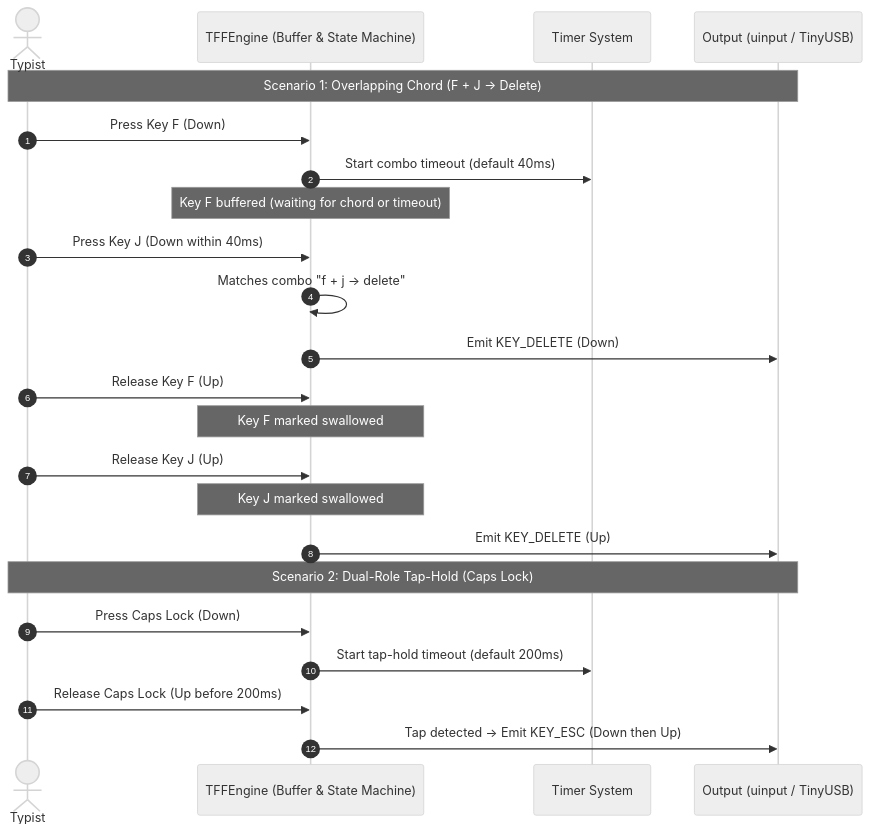
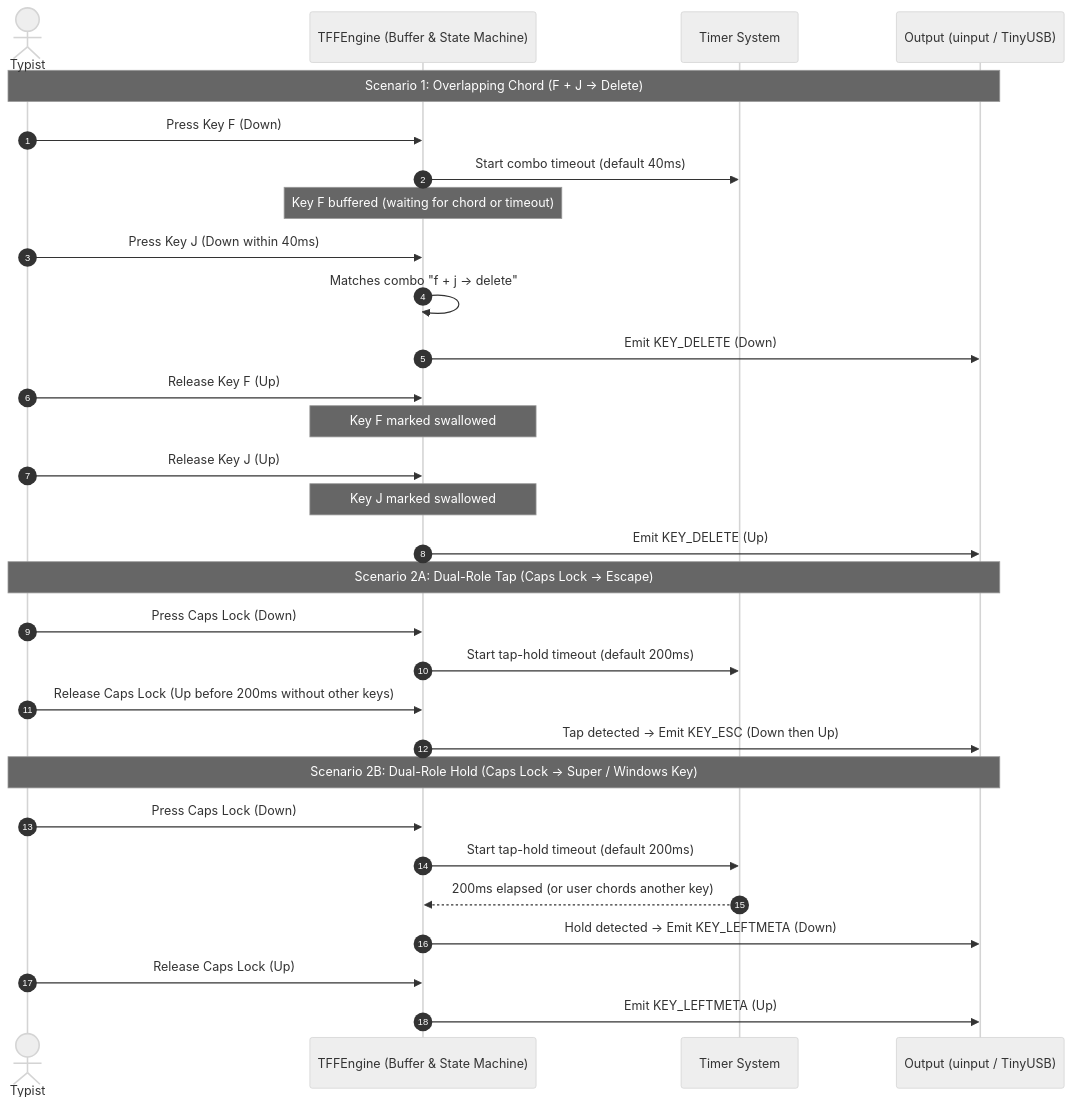
The second of 2 diagrams in README.md (guettli/tff2), drawn with Mermaid (neutral theme) before and after one commit. The commit also changed other lines of this file and 30 other files, not shown here.

First line of the commit message:
Complete improvements from next.md: schema, 3s ESC emergency reset, syntax cleanups, and docs (#71)

````diff
--- a/README.md
+++ b/README.md
@@ -52,27 +60,35 @@
 ```mermaid
 sequenceDiagram
     autonumber
     actor User as Typist
     participant Engine as TFFEngine (Buffer & State Machine)
     participant Timer as Timer System
     participant Out as Output (uinput / TinyUSB)
 
     Note over User,Out: Scenario 1: Overlapping Chord (F + J -> Delete)
     User->>Engine: Press Key F (Down)
     Engine->>Timer: Start combo timeout (default 40ms)
     Note over Engine: Key F buffered (waiting for chord or timeout)
     User->>Engine: Press Key J (Down within 40ms)
     Engine->>Engine: Matches combo "f + j -> delete"
     Engine->>Out: Emit KEY_DELETE (Down)
     User->>Engine: Release Key F (Up)
     Note over Engine: Key F marked swallowed
     User->>Engine: Release Key J (Up)
     Note over Engine: Key J marked swallowed
     Engine->>Out: Emit KEY_DELETE (Up)
 
-    Note over User,Out: Scenario 2: Dual-Role Tap-Hold (Caps Lock)
+    Note over User,Out: Scenario 2A: Dual-Role Tap (Caps Lock -> Escape)
     User->>Engine: Press Caps Lock (Down)
     Engine->>Timer: Start tap-hold timeout (default 200ms)
-    User->>Engine: Release Caps Lock (Up before 200ms)
+    User->>Engine: Release Caps Lock (Up before 200ms without other keys)
     Engine->>Out: Tap detected -> Emit KEY_ESC (Down then Up)
+
+    Note over User,Out: Scenario 2B: Dual-Role Hold (Caps Lock -> Super / Windows Key)
+    User->>Engine: Press Caps Lock (Down)
+    Engine->>Timer: Start tap-hold timeout (default 200ms)
+    Timer-->>Engine: 200ms elapsed (or user chords another key)
+    Engine->>Out: Hold detected -> Emit KEY_LEFTMETA (Down)
+    User->>Engine: Release Caps Lock (Up)
+    Engine->>Out: Emit KEY_LEFTMETA (Up)
 ```
````
